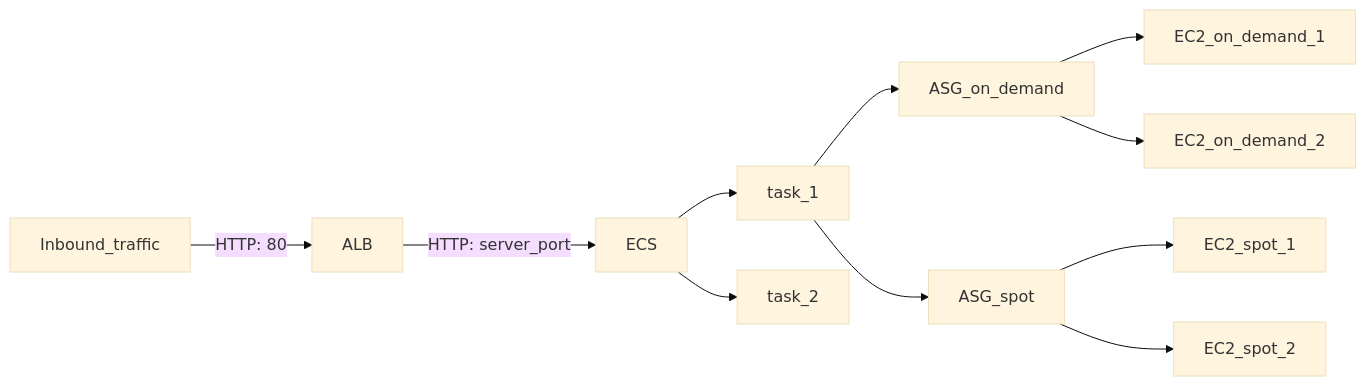
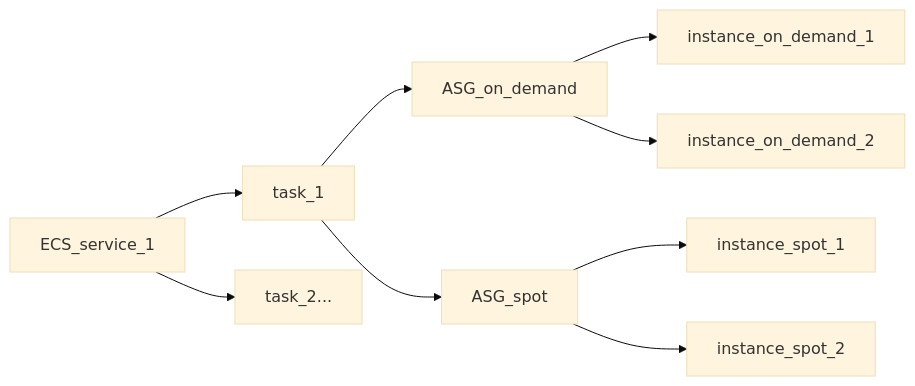
The second of 2 diagrams in module/aws/container/ecs/README.md (vistimi/infrastructure-modules), drawn with Mermaid (base theme) before and after one commit. The commit also changed other lines of this file and 62 other files, not shown here.

````diff
--- a/module/aws/container/ecs/README.md
+++ b/module/aws/container/ecs/README.md
@@ -6,9 +11,9 @@
 ```mermaid
 flowchart LR
-    Inbound_traffic -- HTTP: 80 --> ALB -- HTTP: server_port --> ECS
-    ECS --> task_1
+    ECS_service_1 --> task_1
     task_1 --> ASG_on_demand & ASG_spot
-    ASG_on_demand --> EC2_on_demand_1 & EC2_on_demand_2
-    ASG_spot --> EC2_spot_1 & EC2_spot_2
-    ECS --> task_2
+    ASG_on_demand --> instance_on_demand_1 & instance_on_demand_2
+    ASG_spot --> instance_spot_1 & instance_spot_2
+
+    ECS_service_1 --> task_2...
 ```
````
